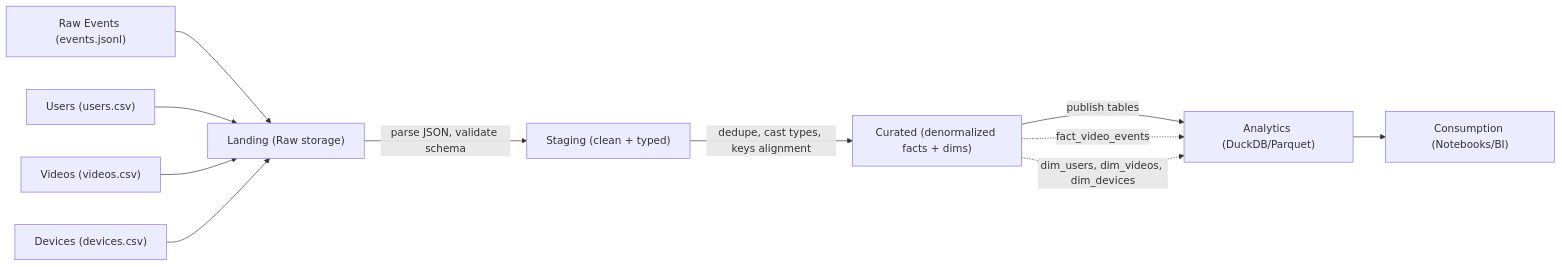
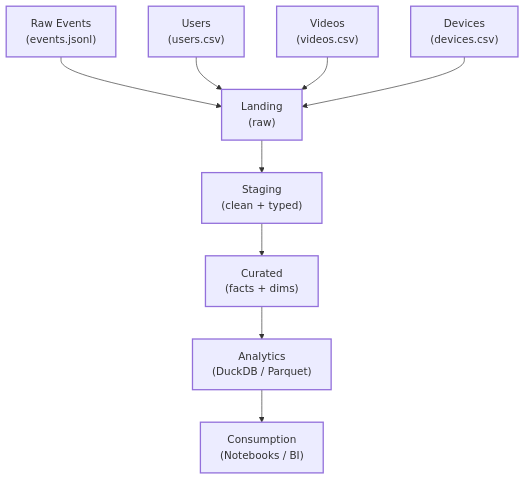
Before and after one commit to fvyshkov/JupyterProjectTrain: the first of 2 diagrams in README.md, drawn with Mermaid. The commit also changed other lines of this file, not shown here.

````diff
--- a/README.md
+++ b/README.md
@@ -14,30 +14,26 @@
 ```mermaid
-flowchart LR
-  %% Blocks and arrows explicit
-  E["Raw Events (events.jsonl)"]
-  U["Users (users.csv)"]
-  V["Videos (videos.csv)"]
-  D["Devices (devices.csv)"]
+flowchart TB
+  %% Vertical, simple, larger blocks
+  classDef big stroke-width:2px;
 
-  L["Landing (Raw storage)"]
-  S["Staging (clean + typed)"]
-  C["Curated (denormalized facts + dims)"]
-  A["Analytics (DuckDB/Parquet)"]
-  N["Consumption (Notebooks/BI)"]
+  E["Raw Events<br/>(events.jsonl)"]:::big
+  U["Users<br/>(users.csv)"]:::big
+  V["Videos<br/>(videos.csv)"]:::big
+  D["Devices<br/>(devices.csv)"]:::big
 
-  %% Ingest to landing
+  L["Landing<br/>(raw)"]:::big
+  S["Staging<br/>(clean + typed)"]:::big
+  C["Curated<br/>(facts + dims)"]:::big
+  A["Analytics<br/>(DuckDB / Parquet)"]:::big
+  N["Consumption<br/>(Notebooks / BI)"]:::big
+
   E --> L
   U --> L
   V --> L
   D --> L
 
-  %% Transformations
-  L -->|parse JSON, validate schema| S
-  S -->|dedupe, cast types, keys alignment| C
-  C -->|publish tables| A
+  L --> S
+  S --> C
+  C --> A
   A --> N
-
-  %% Joins in analytics
-  C -.->|fact_video_events| A
-  C -.->|dim_users, dim_videos, dim_devices| A
 ```
````
